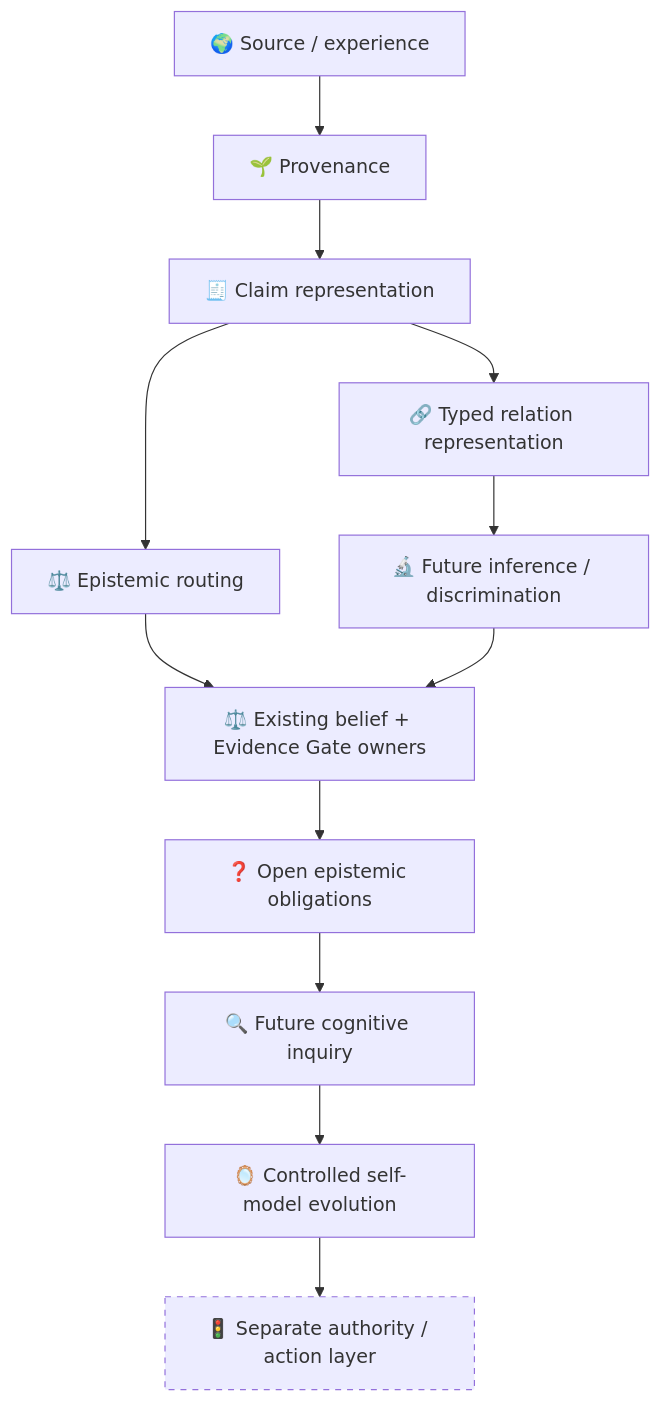
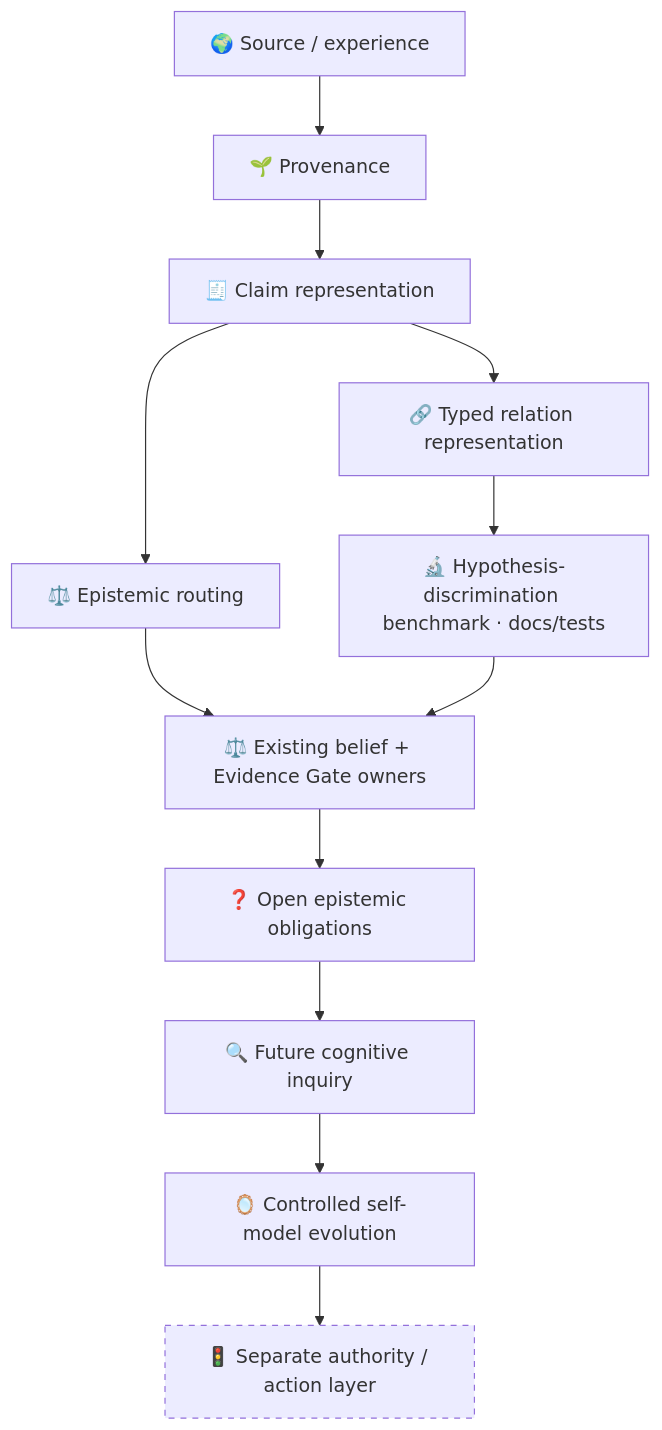
One commit to velantrian/velantrim-mentaury-soul changed the second of 2 diagrams in README.md. Above: the diagram before and after it, drawn with Mermaid. The commit also changed other lines of this file and 1 other file, not shown here.

````diff
--- a/README.md
+++ b/README.md
@@ -186,16 +186,16 @@
 ```mermaid
 flowchart TD
     A[🌍 Source / experience] --> B[🌱 Provenance]
     B --> C[🧾 Claim representation]
     C --> D[🔗 Typed relation representation]
     C --> E[⚖️ Epistemic routing]
-    D --> F[🔬 Future inference / discrimination]
+    D --> F[🔬 Hypothesis-discrimination benchmark · docs/tests]
     E --> G[⚖️ Existing belief + Evidence Gate owners]
     F --> G
     G --> H[❓ Open epistemic obligations]
     H --> I[🔍 Future cognitive inquiry]
     I --> J[🪞 Controlled self-model evolution]
     J --> K[🚦 Separate authority / action layer]
 
     style K stroke-dasharray: 5 5
 ```
````
